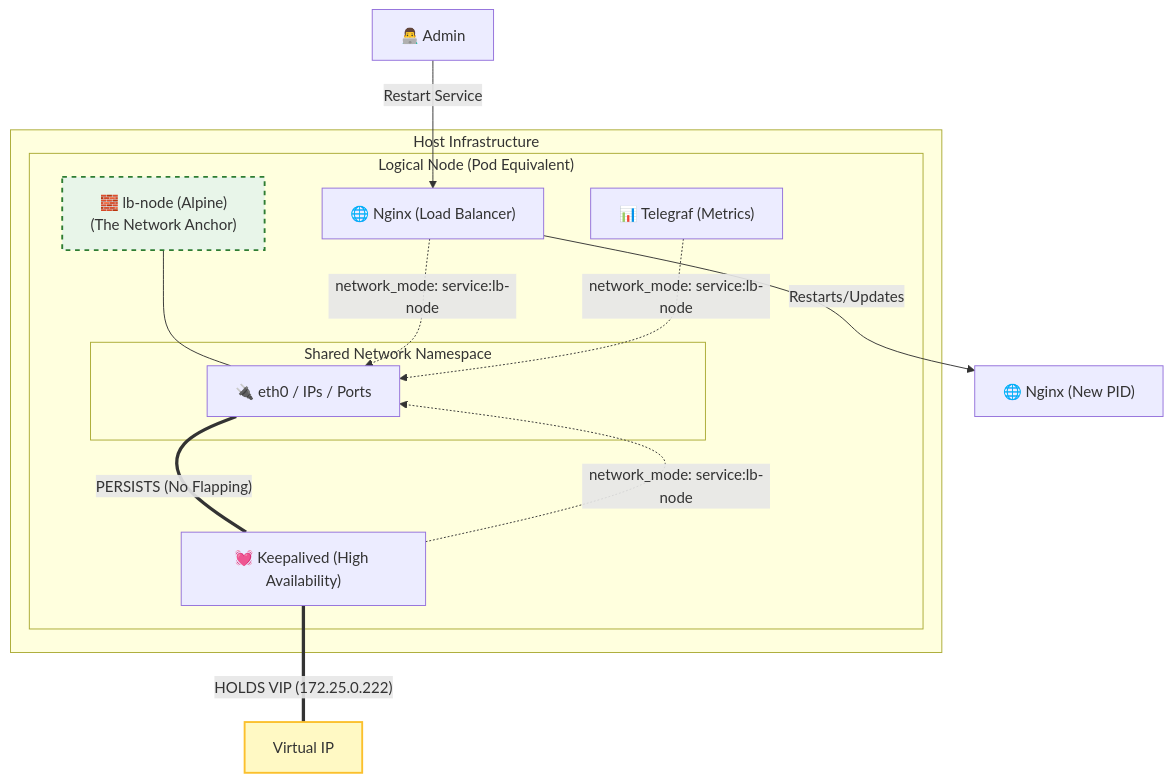
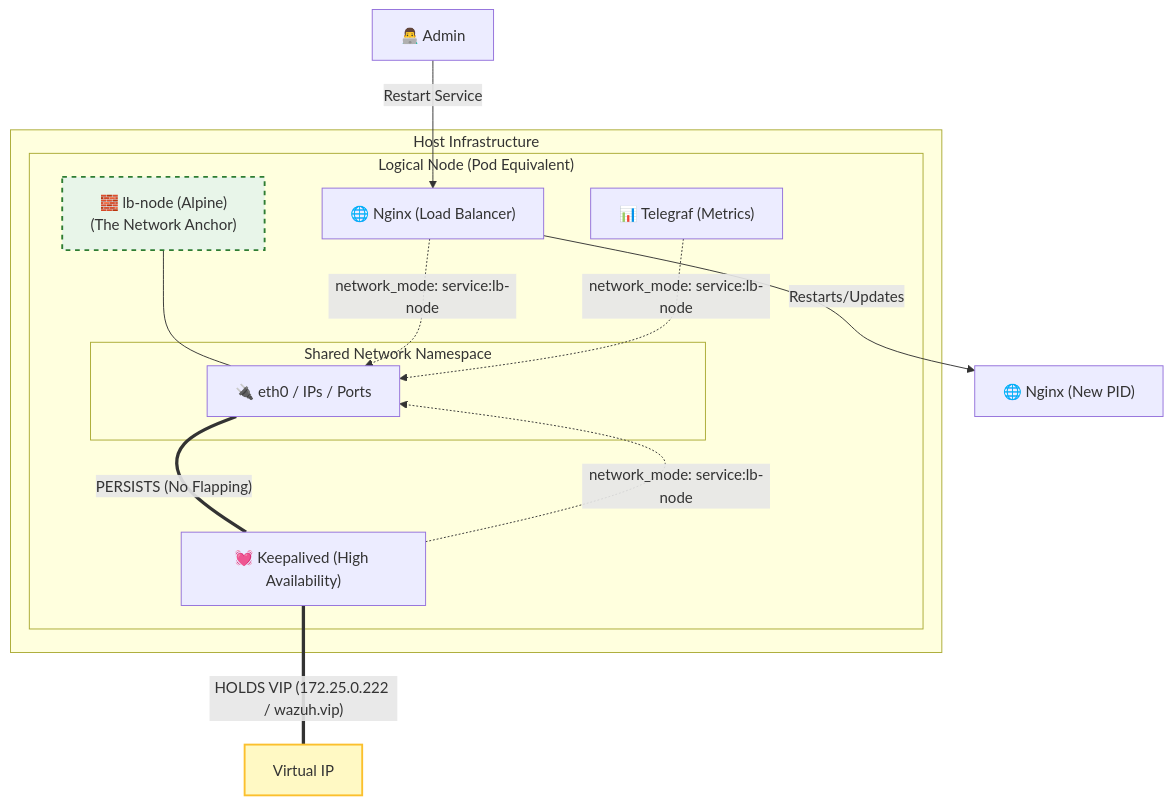
The second of 3 diagrams in multi-node/HA_ARCHITECTURE_RESILIENCE_REPORT.md (SaeidSec/Secret-Project), drawn with Mermaid before and after one commit. The commit also changed 6 other files, not shown here.

````diff
--- a/multi-node/HA_ARCHITECTURE_RESILIENCE_REPORT.md
+++ b/multi-node/HA_ARCHITECTURE_RESILIENCE_REPORT.md
@@ -80,33 +80,33 @@
 ```mermaid
 graph TD
     subgraph "Host Infrastructure"
         subgraph "Logical Node (Pod Equivalent)"
             style LB_NODE fill:#e8f5e9,stroke:#2e7d32,stroke-width:2px,stroke-dasharray: 5 5
             
             LB_NODE["🧱 lb-node (Alpine)<br/>(The Network Anchor)"] 
             
             subgraph "Shared Network Namespace"
                 NIC["🔌 eth0 / IPs / Ports"]
             end
             
             LB_NODE --- NIC
             
             NGINX["🌐 Nginx (Load Balancer)"]
             KA["💓 Keepalived (High Availability)"]
             TEL["📊 Telegraf (Metrics)"]
             
             NGINX -.->|"network_mode: service:lb-node"| NIC
             KA -.->|"network_mode: service:lb-node"| NIC
             TEL -.->|"network_mode: service:lb-node"| NIC
         end
     end
 
     Admin["👨‍💻 Admin"] -->|"Restart Service"| NGINX
     
     NGINX -- "Restarts/Updates" --> NGINX_NEW["🌐 Nginx (New PID)"]
     
     NIC ===|"PERSISTS (No Flapping)"| KA
-    KA ===|"HOLDS VIP (172.25.0.222)"| VIP["Virtual IP"]
+    KA ===|"HOLDS VIP (172.25.0.222 / wazuh.vip)"| VIP["Virtual IP"]
     
     style VIP fill:#fff9c4,stroke:#fbc02d,stroke-width:2px
 ```
````
